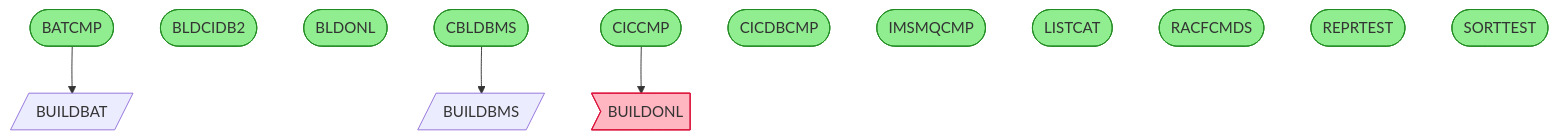
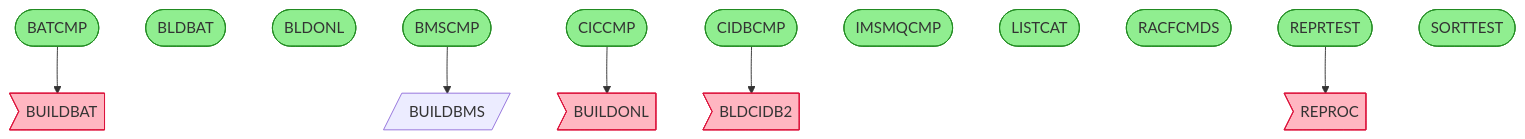
The diagram in example_output/CALL_GRAPH.md (andrasfe/war_rig), drawn with Mermaid before and after one commit. The commit also changed other lines of this file and 19 other files, not shown here.

````diff
--- a/example_output/CALL_GRAPH.md
+++ b/example_output/CALL_GRAPH.md
@@ -9,32 +9,36 @@
 ```mermaid
 flowchart TD
 
     %% Documented programs
     BATCMP([BATCMP])
-    BLDCIDB2([BLDCIDB2])
+    BLDBAT([BLDBAT])
     BLDONL([BLDONL])
-    BUILDBAT[/BUILDBAT/]
+    BMSCMP([BMSCMP])
     BUILDBMS[/BUILDBMS/]
-    CBLDBMS([CBLDBMS])
     CICCMP([CICCMP])
-    CICDBCMP([CICDBCMP])
+    CIDBCMP([CIDBCMP])
     IMSMQCMP([IMSMQCMP])
     LISTCAT([LISTCAT])
     RACFCMDS([RACFCMDS])
     REPRTEST([REPRTEST])
     SORTTEST([SORTTEST])
 
     %% Missing custom programs
+    BLDCIDB2>BLDCIDB2]
+    BUILDBAT>BUILDBAT]
     BUILDONL>BUILDONL]
+    REPROC>REPROC]
 
     %% Call relationships
     BATCMP --> BUILDBAT
-    CBLDBMS --> BUILDBMS
+    BMSCMP --> BUILDBMS
     CICCMP --> BUILDONL
+    CIDBCMP --> BLDCIDB2
+    REPRTEST --> REPROC
 
     %% Styling
     classDef entryPoint fill:#90EE90,stroke:#228B22
-    class BATCMP,BLDCIDB2,BLDONL,CBLDBMS,CICCMP,CICDBCMP,IMSMQCMP,LISTCAT,RACFCMDS,REPRTEST,SORTTEST entryPoint
+    class BATCMP,BLDBAT,BLDONL,BMSCMP,CICCMP,CIDBCMP,IMSMQCMP,LISTCAT,RACFCMDS,REPRTEST,SORTTEST entryPoint
     classDef missing fill:#FFB6C1,stroke:#DC143C
-    class BUILDONL missing
+    class BLDCIDB2,BUILDBAT,BUILDONL,REPROC missing
 ```
````
